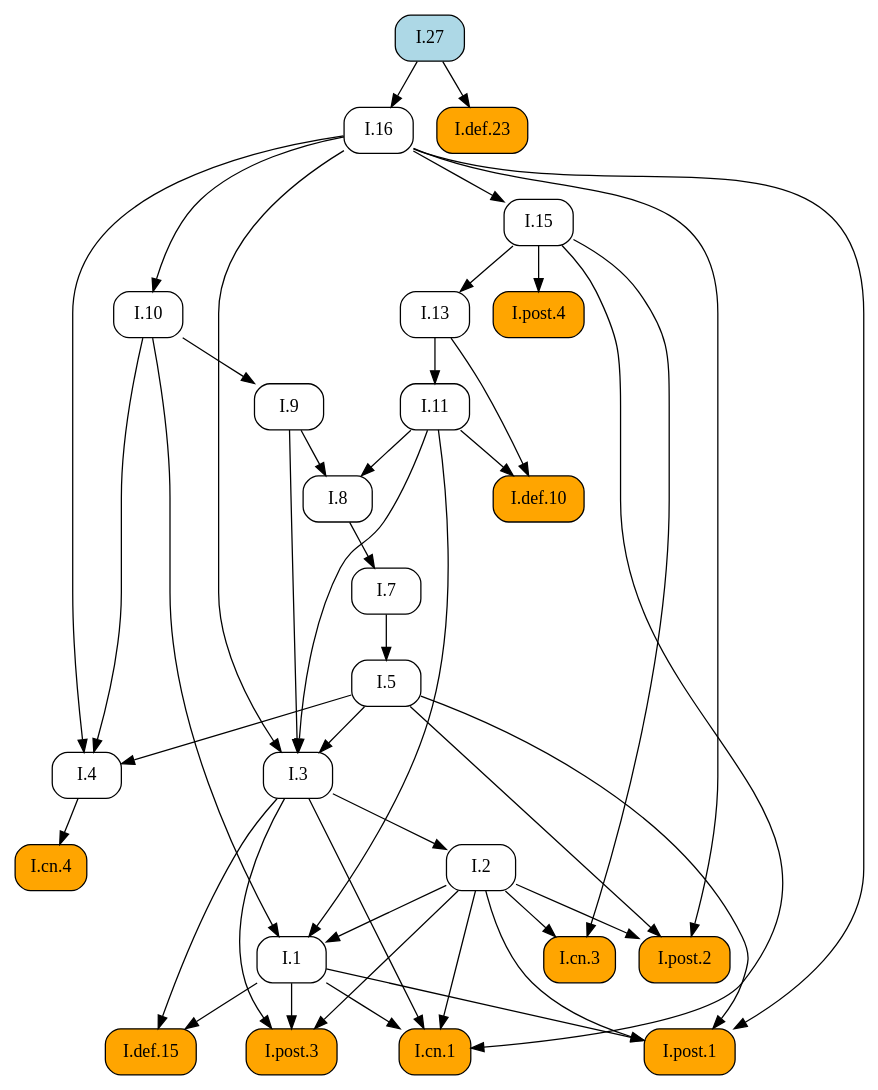
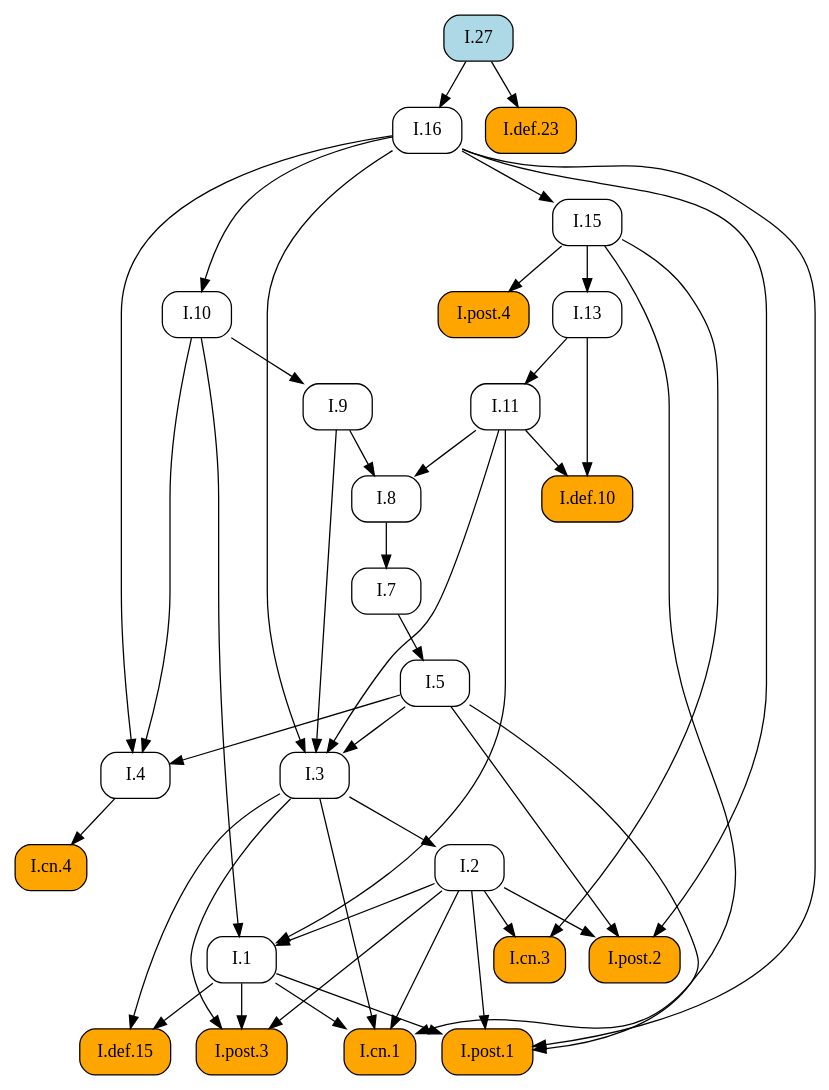
The diagram in docsrc/heath/I/27/index.rst (geometor/elements), drawn with Graphviz before and after one commit. The commit also changed other lines of this file and 484 other files, not shown here.

```diff
--- a/docsrc/heath/I/27/index.rst
+++ b/docsrc/heath/I/27/index.rst
@@ -83,74 +83,74 @@
 .. graphviz::
 
    digraph {
      rankdir="TB";
      node [shape=box, style=rounded];
+     "I.9" [URL="/heath/I/9/", target="_top"];
+     "I.cn.1" [style="rounded,filled", fillcolor=orange, URL="/heath/I/cn.1/", target="_top"];
+     "I.7" [URL="/heath/I/7/", target="_top"];
+     "I.2" [URL="/heath/I/2/", target="_top"];
+     "I.def.15" [style="rounded,filled", fillcolor=orange, URL="/heath/I/def.15/", target="_top"];
+     "I.13" [URL="/heath/I/13/", target="_top"];
+     "I.post.4" [style="rounded,filled", fillcolor=orange, URL="/heath/I/post.4/", target="_top"];
+     "I.4" [URL="/heath/I/4/", target="_top"];
+     "I.1" [URL="/heath/I/1/", target="_top"];
+     "I.post.3" [style="rounded,filled", fillcolor=orange, URL="/heath/I/post.3/", target="_top"];
+     "I.post.1" [style="rounded,filled", fillcolor=orange, URL="/heath/I/post.1/", target="_top"];
+     "I.5" [URL="/heath/I/5/", target="_top"];
+     "I.8" [URL="/heath/I/8/", target="_top"];
+     "I.cn.3" [style="rounded,filled", fillcolor=orange, URL="/heath/I/cn.3/", target="_top"];
+     "I.16" [URL="/heath/I/16/", target="_top"];
      "I.def.10" [style="rounded,filled", fillcolor=orange, URL="/heath/I/def.10/", target="_top"];
+     "I.15" [URL="/heath/I/15/", target="_top"];
+     "I.10" [URL="/heath/I/10/", target="_top"];
      "I.11" [URL="/heath/I/11/", target="_top"];
-     "I.post.4" [style="rounded,filled", fillcolor=orange, URL="/heath/I/post.4/", target="_top"];
-     "I.1" [URL="/heath/I/1/", target="_top"];
+     "I.def.23" [style="rounded,filled", fillcolor=orange, URL="/heath/I/def.23/", target="_top"];
      "I.27" [style="rounded,filled", fillcolor=lightblue, URL="/heath/I/27/", target="_top"];
-     "I.7" [URL="/heath/I/7/", target="_top"];
+     "I.cn.4" [style="rounded,filled", fillcolor=orange, URL="/heath/I/cn.4/", target="_top"];
+     "I.post.2" [style="rounded,filled", fillcolor=orange, URL="/heath/I/post.2/", target="_top"];
      "I.3" [URL="/heath/I/3/", target="_top"];
-     "I.2" [URL="/heath/I/2/", target="_top"];
-     "I.def.23" [style="rounded,filled", fillcolor=orange, URL="/heath/I/def.23/", target="_top"];
-     "I.4" [URL="/heath/I/4/", target="_top"];
-     "I.13" [URL="/heath/I/13/", target="_top"];
-     "I.post.2" [style="rounded,filled", fillcolor=orange, URL="/heath/I/post.2/", target="_top"];
-     "I.16" [URL="/heath/I/16/", target="_top"];
-     "I.def.15" [style="rounded,filled", fillcolor=orange, URL="/heath/I/def.15/", target="_top"];
-     "I.9" [URL="/heath/I/9/", target="_top"];
-     "I.post.3" [style="rounded,filled", fillcolor=orange, URL="/heath/I/post.3/", target="_top"];
-     "I.cn.1" [style="rounded,filled", fillcolor=orange, URL="/heath/I/cn.1/", target="_top"];
-     "I.cn.3" [style="rounded,filled", fillcolor=orange, URL="/heath/I/cn.3/", target="_top"];
-     "I.8" [URL="/heath/I/8/", target="_top"];
-     "I.cn.4" [style="rounded,filled", fillcolor=orange, URL="/heath/I/cn.4/", target="_top"];
-     "I.15" [URL="/heath/I/15/", target="_top"];
-     "I.post.1" [style="rounded,filled", fillcolor=orange, URL="/heath/I/post.1/", target="_top"];
-     "I.10" [URL="/heath/I/10/", target="_top"];
-     "I.5" [URL="/heath/I/5/", target="_top"];
-     "I.11" -> "I.def.10";
-     "I.13" -> "I.def.10";
-     "I.13" -> "I.11";
+     "I.10" -> "I.9";
+     "I.1" -> "I.cn.1";
+     "I.2" -> "I.cn.1";
+     "I.3" -> "I.cn.1";
+     "I.15" -> "I.cn.1";
+     "I.8" -> "I.7";
+     "I.3" -> "I.2";
+     "I.1" -> "I.def.15";
+     "I.3" -> "I.def.15";
+     "I.15" -> "I.13";
      "I.15" -> "I.post.4";
+     "I.5" -> "I.4";
+     "I.10" -> "I.4";
+     "I.16" -> "I.4";
      "I.2" -> "I.1";
      "I.10" -> "I.1";
      "I.11" -> "I.1";
-     "I.8" -> "I.7";
+     "I.1" -> "I.post.3";
+     "I.2" -> "I.post.3";
+     "I.3" -> "I.post.3";
+     "I.1" -> "I.post.1";
+     "I.2" -> "I.post.1";
+     "I.5" -> "I.post.1";
+     "I.16" -> "I.post.1";
+     "I.7" -> "I.5";
+     "I.9" -> "I.8";
+     "I.11" -> "I.8";
+     "I.2" -> "I.cn.3";
+     "I.15" -> "I.cn.3";
+     "I.27" -> "I.16";
+     "I.11" -> "I.def.10";
+     "I.13" -> "I.def.10";
+     "I.16" -> "I.15";
+     "I.16" -> "I.10";
+     "I.13" -> "I.11";
+     "I.27" -> "I.def.23";
+     "I.4" -> "I.cn.4";
+     "I.2" -> "I.post.2";
+     "I.5" -> "I.post.2";
+     "I.16" -> "I.post.2";
      "I.5" -> "I.3";
      "I.9" -> "I.3";
      "I.11" -> "I.3";
      "I.16" -> "I.3";
-     "I.3" -> "I.2";
-     "I.27" -> "I.def.23";
-     "I.5" -> "I.4";
-     "I.10" -> "I.4";
-     "I.16" -> "I.4";
-     "I.15" -> "I.13";
-     "I.2" -> "I.post.2";
-     "I.5" -> "I.post.2";
-     "I.16" -> "I.post.2";
-     "I.27" -> "I.16";
-     "I.1" -> "I.def.15";
-     "I.3" -> "I.def.15";
-     "I.10" -> "I.9";
-     "I.1" -> "I.post.3";
-     "I.2" -> "I.post.3";
-     "I.3" -> "I.post.3";
-     "I.1" -> "I.cn.1";
-     "I.2" -> "I.cn.1";
-     "I.3" -> "I.cn.1";
-     "I.15" -> "I.cn.1";
-     "I.2" -> "I.cn.3";
-     "I.15" -> "I.cn.3";
-     "I.9" -> "I.8";
-     "I.11" -> "I.8";
-     "I.4" -> "I.cn.4";
-     "I.16" -> "I.15";
-     "I.1" -> "I.post.1";
-     "I.2" -> "I.post.1";
-     "I.5" -> "I.post.1";
-     "I.16" -> "I.post.1";
-     "I.16" -> "I.10";
-     "I.7" -> "I.5";
    }
```
